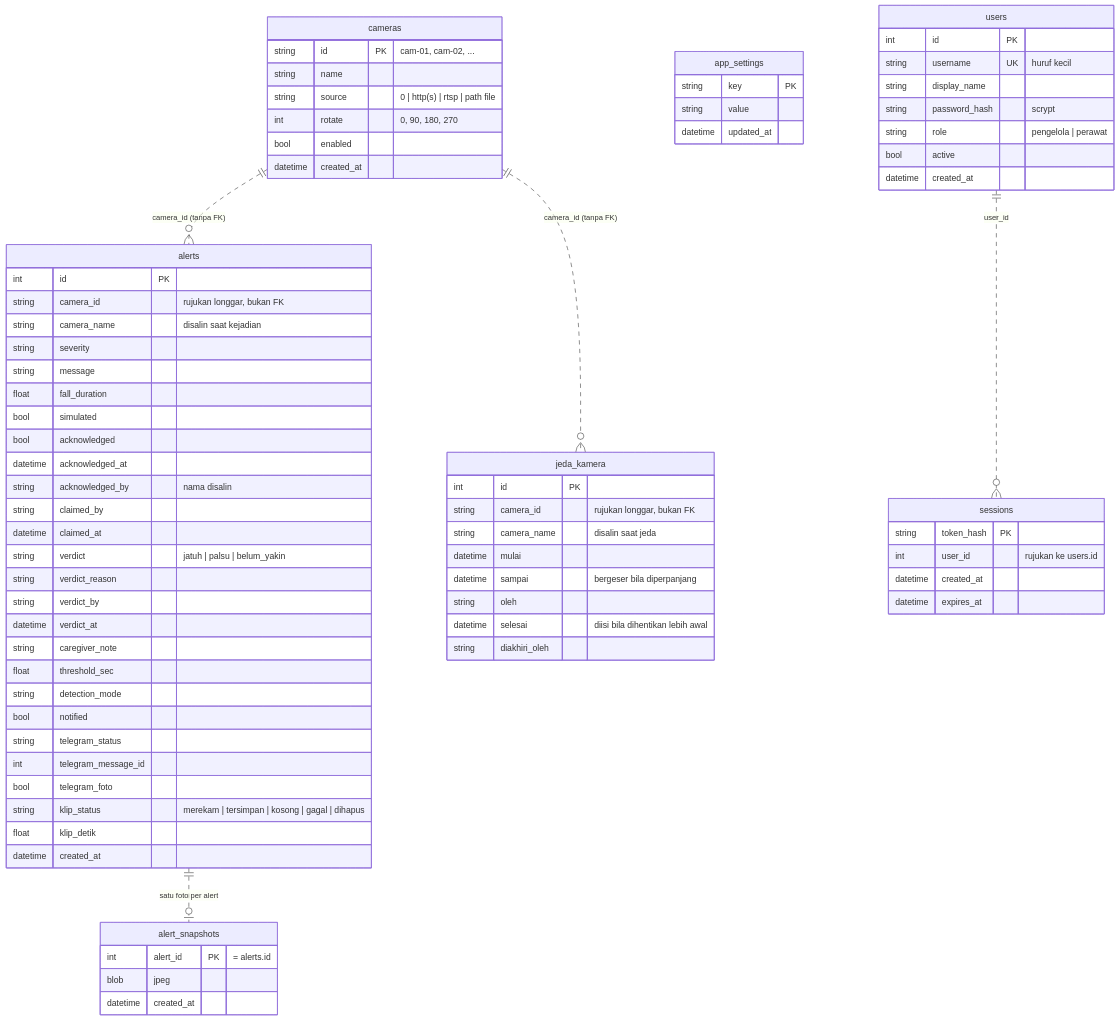
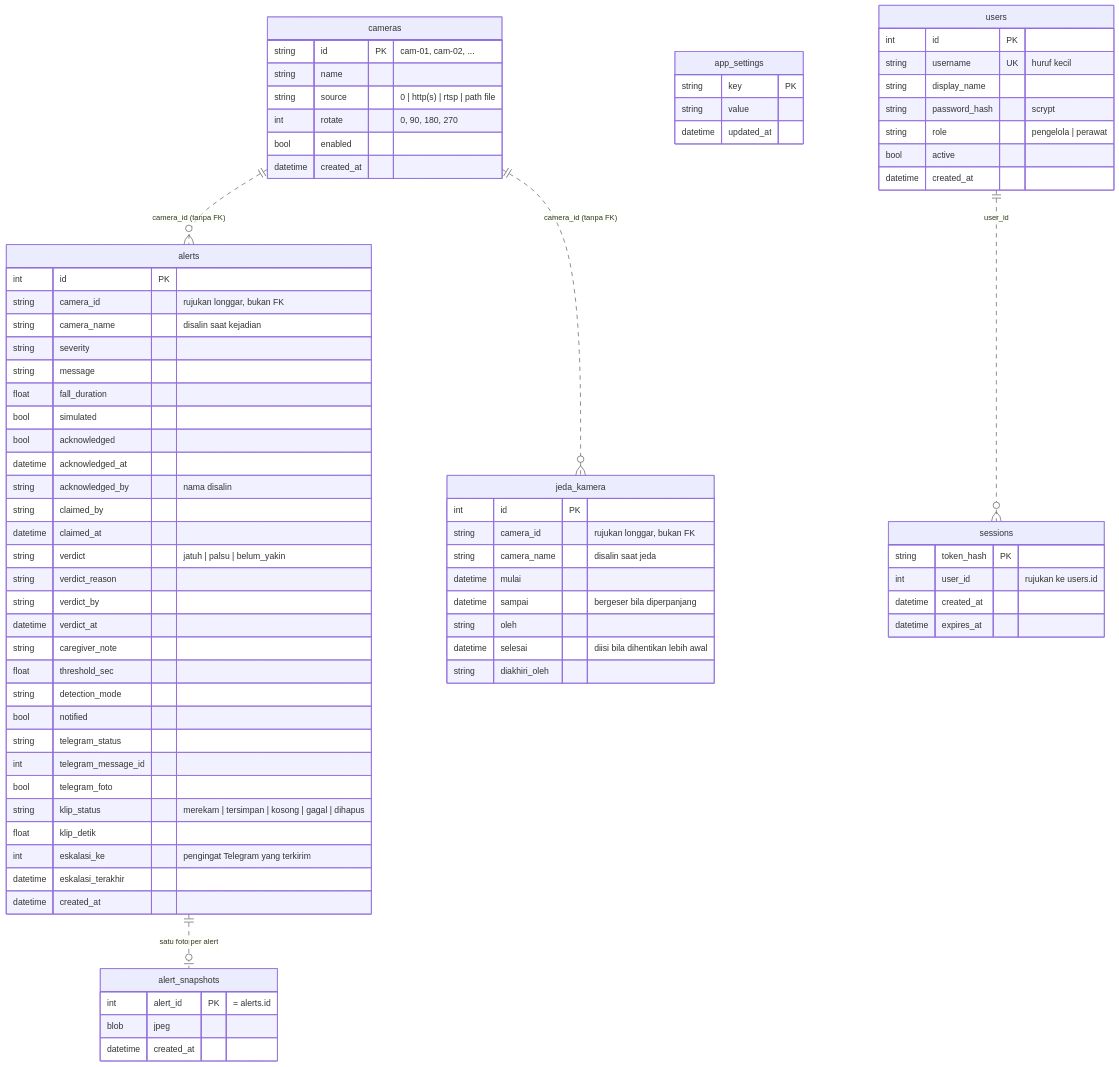
The diagram in SCHEMA.md (0Raja0-RA/nursing-home-fall-detection), drawn with Mermaid before and after one commit. The commit also changed other lines of this file and 15 other files, not shown here.

````diff
--- a/SCHEMA.md
+++ b/SCHEMA.md
@@ -13,78 +13,80 @@
 ```mermaid
 erDiagram
     cameras {
         string id PK "cam-01, cam-02, ..."
         string name
         string source "0 | http(s) | rtsp | path file"
         int rotate "0, 90, 180, 270"
         bool enabled
         datetime created_at
     }
     app_settings {
         string key PK
         string value
         datetime updated_at
     }
     alerts {
         int id PK
         string camera_id "rujukan longgar, bukan FK"
         string camera_name "disalin saat kejadian"
         string severity
         string message
         float fall_duration
         bool simulated
         bool acknowledged
         datetime acknowledged_at
         string acknowledged_by "nama disalin"
         string claimed_by
         datetime claimed_at
         string verdict "jatuh | palsu | belum_yakin"
         string verdict_reason
         string verdict_by
         datetime verdict_at
         string caregiver_note
         float threshold_sec
         string detection_mode
         bool notified
         string telegram_status
         int telegram_message_id
         bool telegram_foto
         string klip_status "merekam | tersimpan | kosong | gagal | dihapus"
         float klip_detik
+        int eskalasi_ke "pengingat Telegram yang terkirim"
+        datetime eskalasi_terakhir
         datetime created_at
     }
     alert_snapshots {
         int alert_id PK "= alerts.id"
         blob jpeg
         datetime created_at
     }
     users {
         int id PK
         string username UK "huruf kecil"
         string display_name
         string password_hash "scrypt"
         string role "pengelola | perawat"
         bool active
         datetime created_at
     }
     sessions {
         string token_hash PK
         int user_id "rujukan ke users.id"
         datetime created_at
         datetime expires_at
     }
     jeda_kamera {
         int id PK
         string camera_id "rujukan longgar, bukan FK"
         string camera_name "disalin saat jeda"
         datetime mulai
         datetime sampai "bergeser bila diperpanjang"
         string oleh
         datetime selesai "diisi bila dihentikan lebih awal"
         string diakhiri_oleh
     }
     cameras ||..o{ alerts : "camera_id (tanpa FK)"
     alerts ||..o| alert_snapshots : "satu foto per alert"
     users ||..o{ sessions : "user_id"
     cameras ||..o{ jeda_kamera : "camera_id (tanpa FK)"
 ```
````
